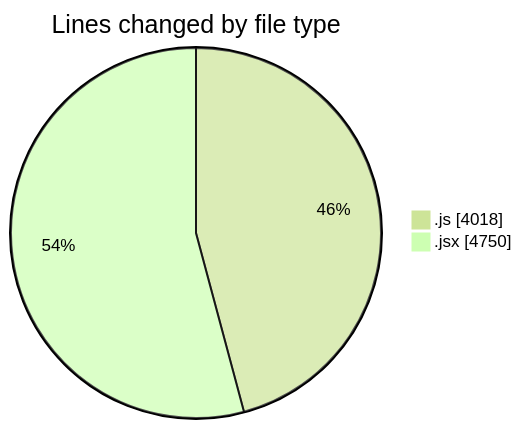
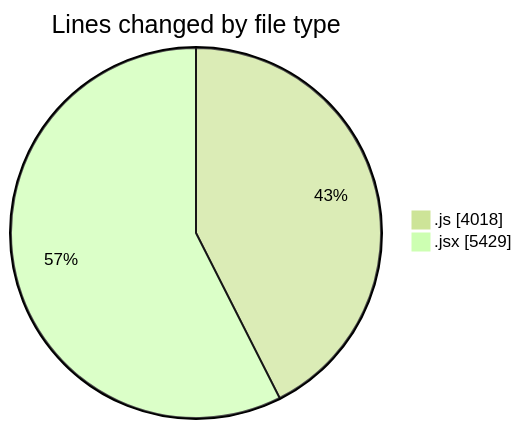
One commit to nxtqubesakshisongat/code-tracking changed the first of 2 diagrams in 2025-12-31/nxtqube_webapp/README.md. Above: the diagram before and after it, drawn with Mermaid (forest theme). The commit also changed other lines of this file and 1 other file, not shown here.

````diff
--- a/2025-12-31/nxtqube_webapp/README.md
+++ b/2025-12-31/nxtqube_webapp/README.md
@@ -32,6 +33,6 @@
 ```mermaid
 pie showData
 title Lines changed by file type
 ".js" : 4018
-".jsx" : 4750
+".jsx" : 5429
 ```
````
